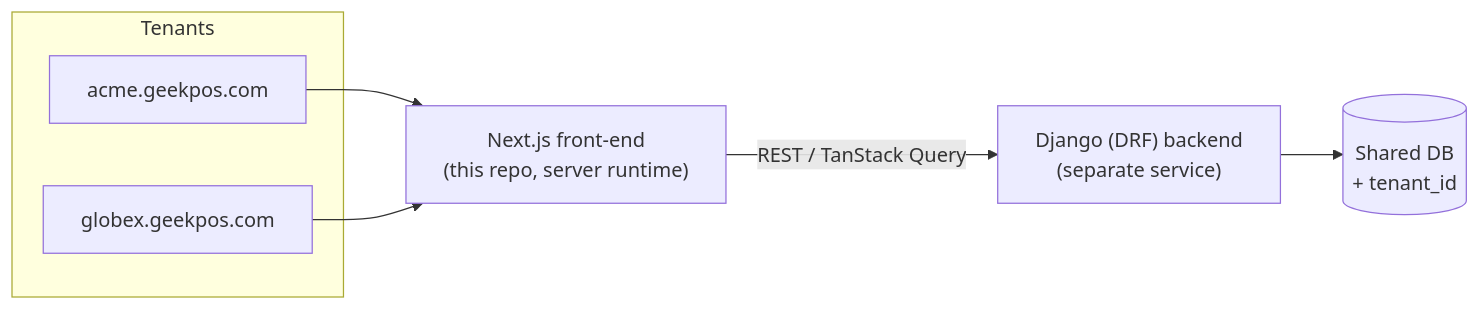
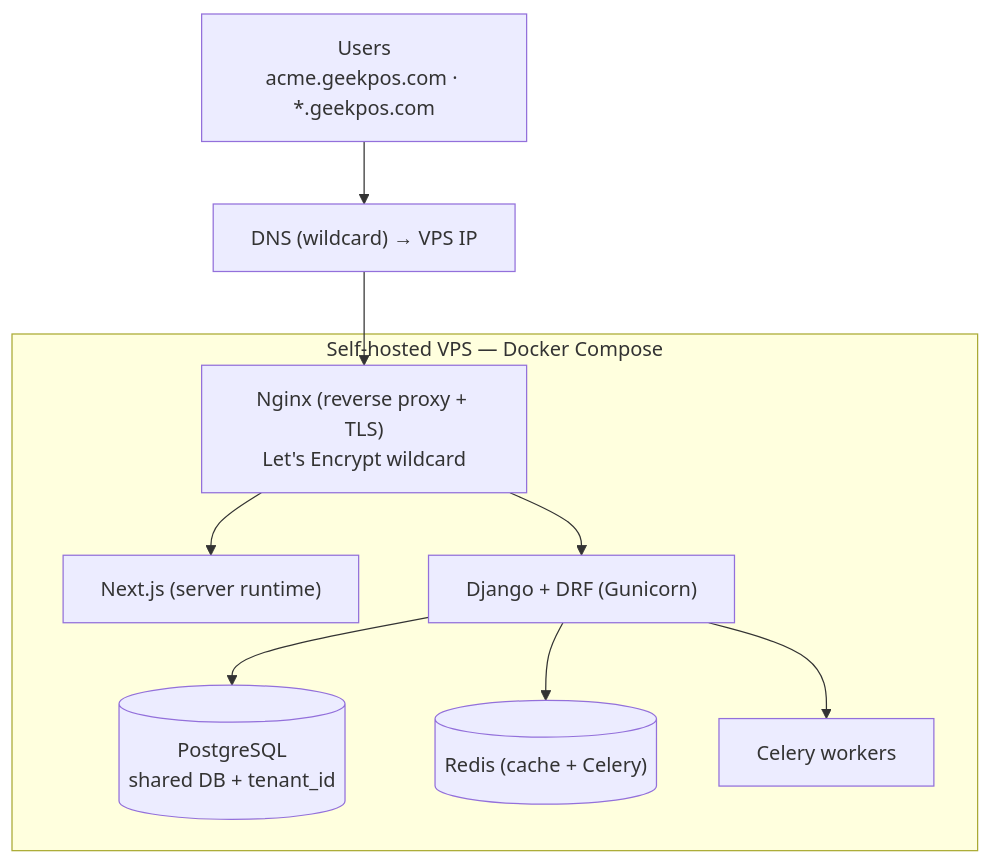
The third of 3 diagrams in README.md (MusfiqDehan/PoS-ERP-System-Frontend), drawn with Mermaid before and after one commit. The commit also changed other lines of this file and 1 other file, not shown here.

Commit message:
docs: expand SaaS plan with connection flow, self-hosted VPS hosting, and full backend ER model

````diff
--- a/README.md
+++ b/README.md
@@ -322,11 +322,12 @@
 ```mermaid
-graph LR
-    subgraph Tenants
-      T1["acme.geekpos.com"]
-      T2["globex.geekpos.com"]
+graph TD
+    U["Users<br/>acme.geekpos.com · *.geekpos.com"] --> DNS["DNS (wildcard) → VPS IP"]
+    DNS --> NG["Nginx (reverse proxy + TLS)<br/>Let's Encrypt wildcard"]
+    subgraph VPS["Self-hosted VPS — Docker Compose"]
+      NG --> FE["Next.js (server runtime)"]
+      NG --> API["Django + DRF (Gunicorn)"]
+      API --> PG[("PostgreSQL<br/>shared DB + tenant_id")]
+      API --> RD[("Redis (cache + Celery)")]
+      API --> CEL["Celery workers"]
     end
-    T1 --> FE["Next.js front-end<br/>(this repo, server runtime)"]
-    T2 --> FE
-    FE -->|"REST / TanStack Query"| API["Django (DRF) backend<br/>(separate service)"]
-    API --> DB[("Shared DB<br/>+ tenant_id")]
 ```
````
